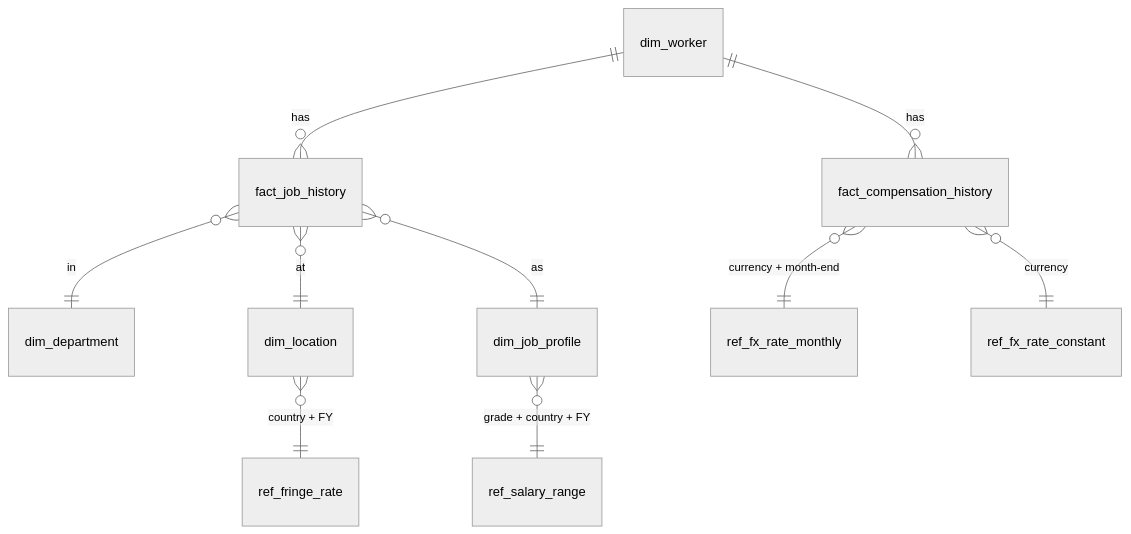
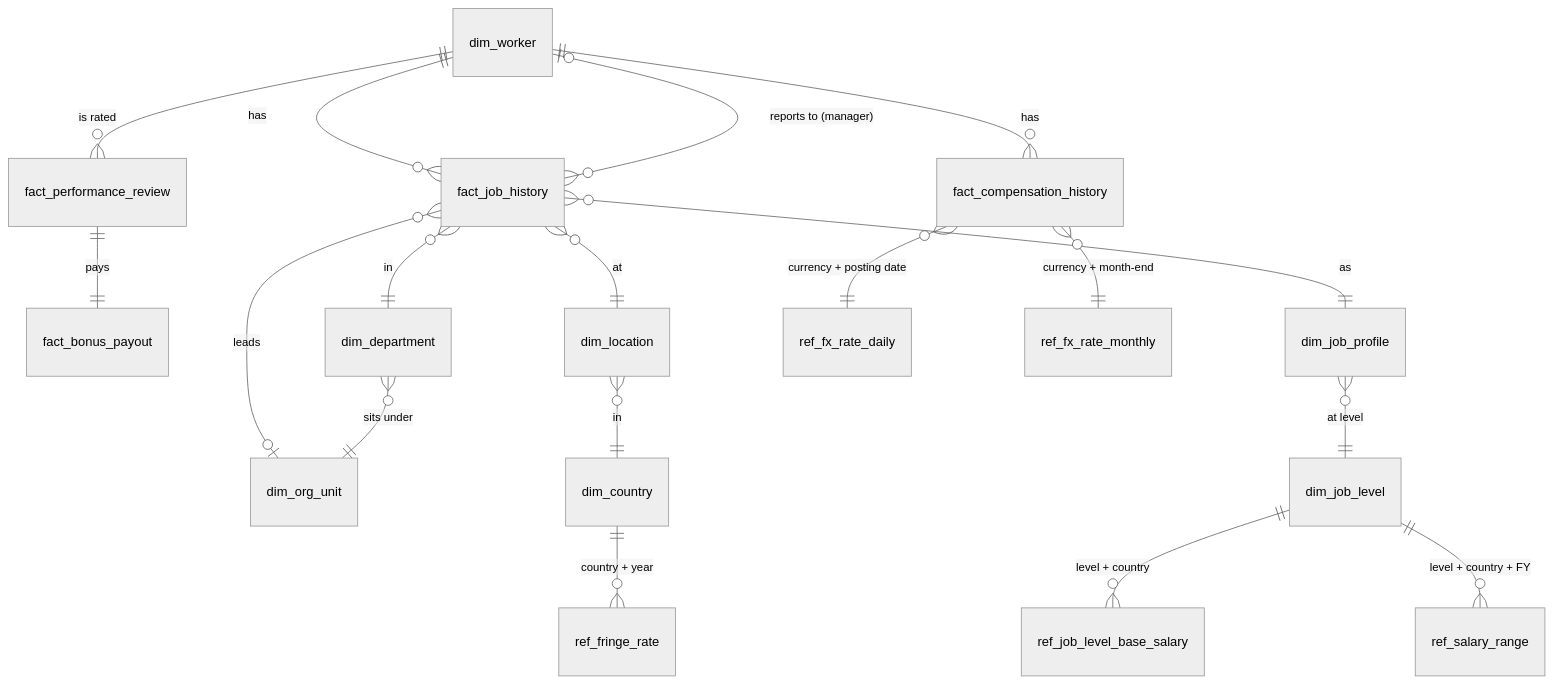
The second of 2 diagrams in README.md (thialp/people-analytics-warehouse), drawn with Mermaid (neutral theme) before and after one commit. The commit also changed other lines of this file and 104 other files, not shown here.

First line of the commit message:
Org hierarchy, job levels, pay model, real FX and researched fringe

````diff
--- a/README.md
+++ b/README.md
@@ -91,12 +103,20 @@
 ```mermaid
 erDiagram
     dim_worker ||--o{ fact_job_history : "has"
     dim_worker ||--o{ fact_compensation_history : "has"
+    dim_worker ||--o{ fact_performance_review : "is rated"
+    fact_performance_review ||--|| fact_bonus_payout : "pays"
+    fact_job_history }o--o| dim_worker : "reports to (manager)"
     fact_job_history }o--|| dim_department : "in"
+    fact_job_history }o--o| dim_org_unit : "leads"
+    dim_department }o--|| dim_org_unit : "sits under"
     fact_job_history }o--|| dim_location : "at"
     fact_job_history }o--|| dim_job_profile : "as"
-    dim_location }o--|| ref_fringe_rate : "country + FY"
+    dim_job_profile }o--|| dim_job_level : "at level"
+    dim_location }o--|| dim_country : "in"
+    dim_country ||--o{ ref_fringe_rate : "country + year"
+    fact_compensation_history }o--|| ref_fx_rate_daily : "currency + posting date"
     fact_compensation_history }o--|| ref_fx_rate_monthly : "currency + month-end"
-    fact_compensation_history }o--|| ref_fx_rate_constant : "currency"
-    dim_job_profile }o--|| ref_salary_range : "grade + country + FY"
+    dim_job_level ||--o{ ref_job_level_base_salary : "level + country"
+    dim_job_level ||--o{ ref_salary_range : "level + country + FY"
 ```
````
